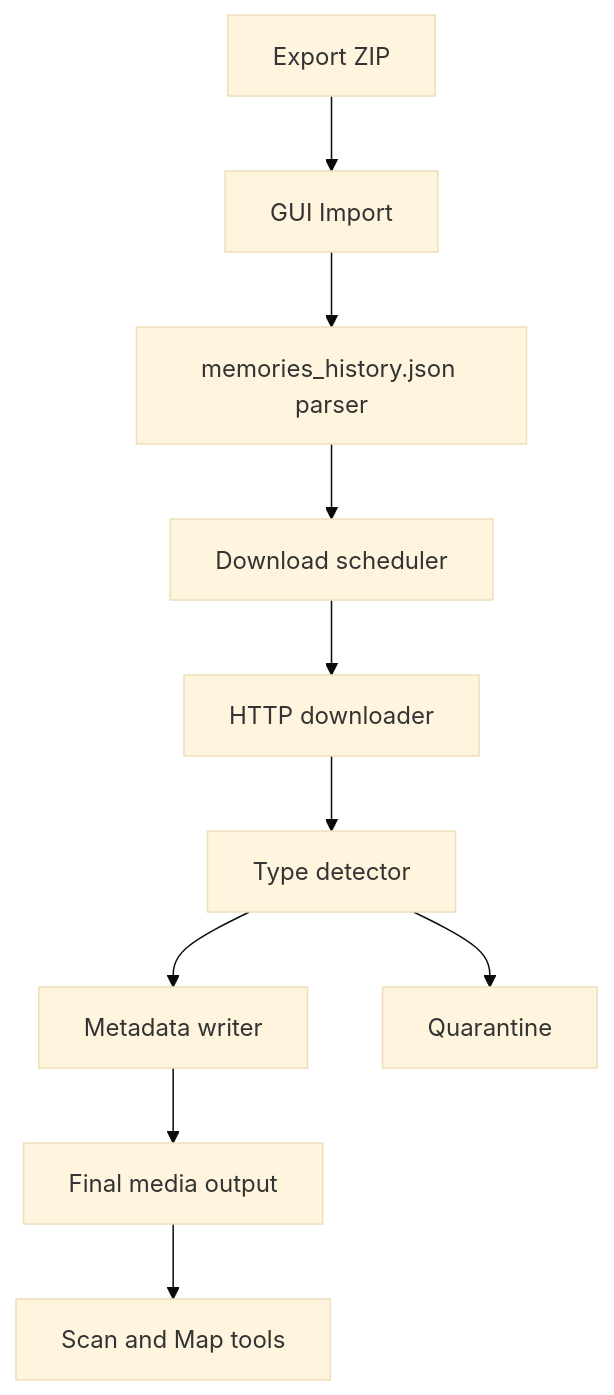
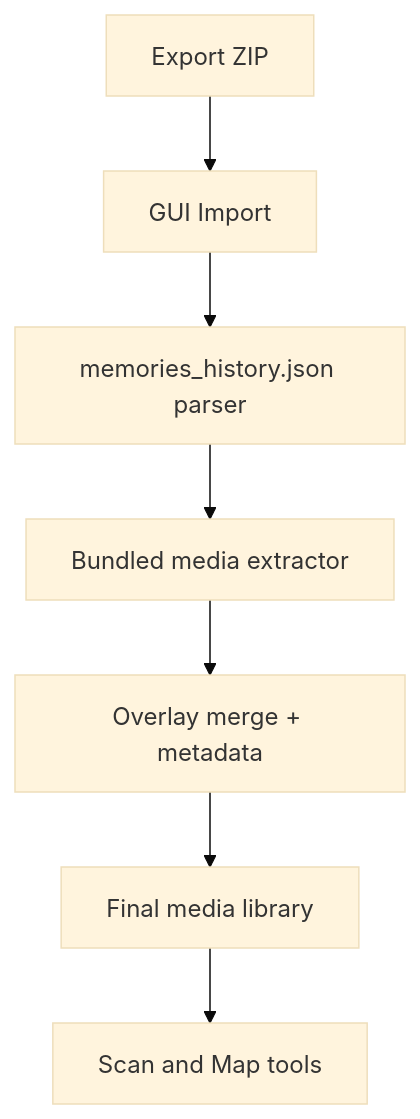
The first of 2 diagrams in README.md (LasHSHS/SMD), drawn with Mermaid (base theme) before and after one commit. The commit also changed other lines of this file and 32 other files, not shown here.

````diff
--- a/README.md
+++ b/README.md
@@ -55,12 +56,9 @@
 ```mermaid
 flowchart TD
     A[Export ZIP] --> B[GUI Import]
     B --> C[memories_history.json parser]
-    C --> D[Download scheduler]
-    D --> E[HTTP downloader]
-    E --> F[Type detector]
-    F --> G[Metadata writer]
-    F --> H[Quarantine]
-    G --> I[Final media output]
-    I --> J[Scan and Map tools]
+    C --> D[Bundled media extractor]
+    D --> E[Overlay merge + metadata]
+    E --> F[Final media library]
+    F --> G[Scan and Map tools]
 ```
````
